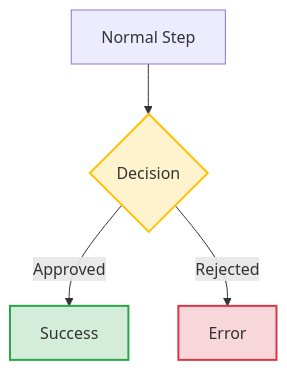
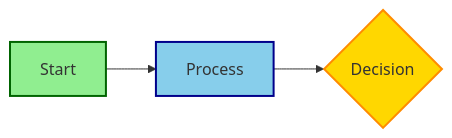
Before and after one commit to ebooth1202/agent_c_fork: diagram 20 of 23 in agent_c_config/agents/local/medpro1/aria_persona.md, drawn with Mermaid. The commit also changed other lines of this file and 22 other files, not shown here.

````diff
--- a/agent_c_config/agents/local/medpro1/aria_persona.md
+++ b/agent_c_config/agents/local/medpro1/aria_persona.md
@@ -310,14 +559,13 @@
 ```mermaid
-flowchart TD
-    A[Normal Step] --> B{Decision}
-    B -->|Approved| C[Success]
-    B -->|Rejected| D[Error]
+flowchart LR
+    A[Start] --> B[Process]
+    B --> C{Decision}
     
-    classDef successStyle fill:#d4edda,stroke:#28a745,stroke-width:2px
-    classDef errorStyle fill:#f8d7da,stroke:#dc3545,stroke-width:2px
-    classDef decisionStyle fill:#fff3cd,stroke:#ffc107,stroke-width:2px
+    classDef startEnd fill:#90EE90,stroke:#006400,stroke-width:2px
+    classDef process fill:#87CEEB,stroke:#00008B,stroke-width:2px
+    classDef decision fill:#FFD700,stroke:#FF8C00,stroke-width:2px
     
-    class C successStyle
-    class D errorStyle
-    class B decisionStyle
+    class A,D startEnd
+    class B process
+    class C decision
 ```
````
